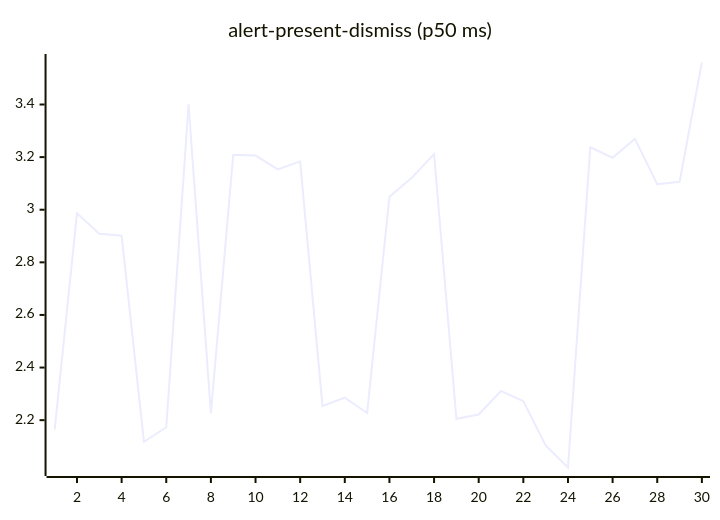
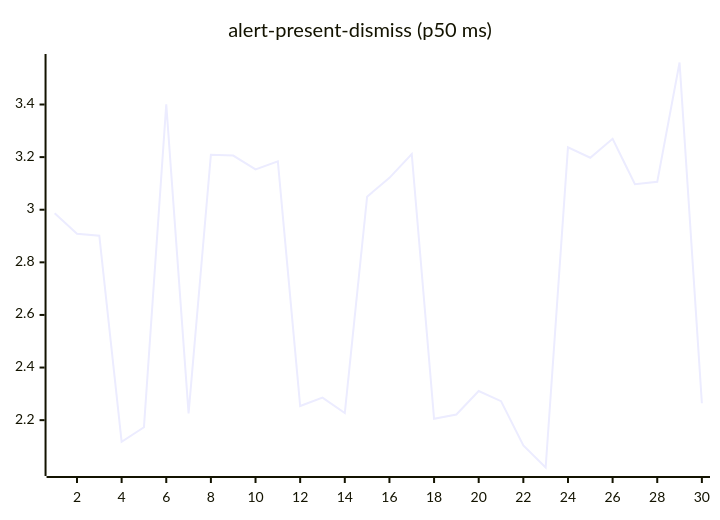
Before and after one commit to josha/Facet: the second of 27 diagrams in README.md, drawn with Mermaid. The commit also changed other lines of this file and 2 other files, not shown here.

````diff
--- a/README.md
+++ b/README.md
@@ -70,6 +70,6 @@
 ```mermaid
 xychart-beta
     title "alert-present-dismiss (p50 ms)"
     x-axis 1 --> 30
-    line [2.1643, 2.9862, 2.9085, 2.9011, 2.1177, 2.1729, 3.4006, 2.2253, 3.2090, 3.2058, 3.1536, 3.1837, 2.2536, 2.2857, 2.2272, 3.0496, 3.1212, 3.2117, 2.2054, 2.2216, 2.3109, 2.2722, 2.1040, 2.0200, 3.2371, 3.1976, 3.2697, 3.0970, 3.1061, 3.5597]
+    line [2.9862, 2.9085, 2.9011, 2.1177, 2.1729, 3.4006, 2.2253, 3.2090, 3.2058, 3.1536, 3.1837, 2.2536, 2.2857, 2.2272, 3.0496, 3.1212, 3.2117, 2.2054, 2.2216, 2.3109, 2.2722, 2.1040, 2.0200, 3.2371, 3.1976, 3.2697, 3.0970, 3.1061, 3.5597, 2.2642]
 ```
````
